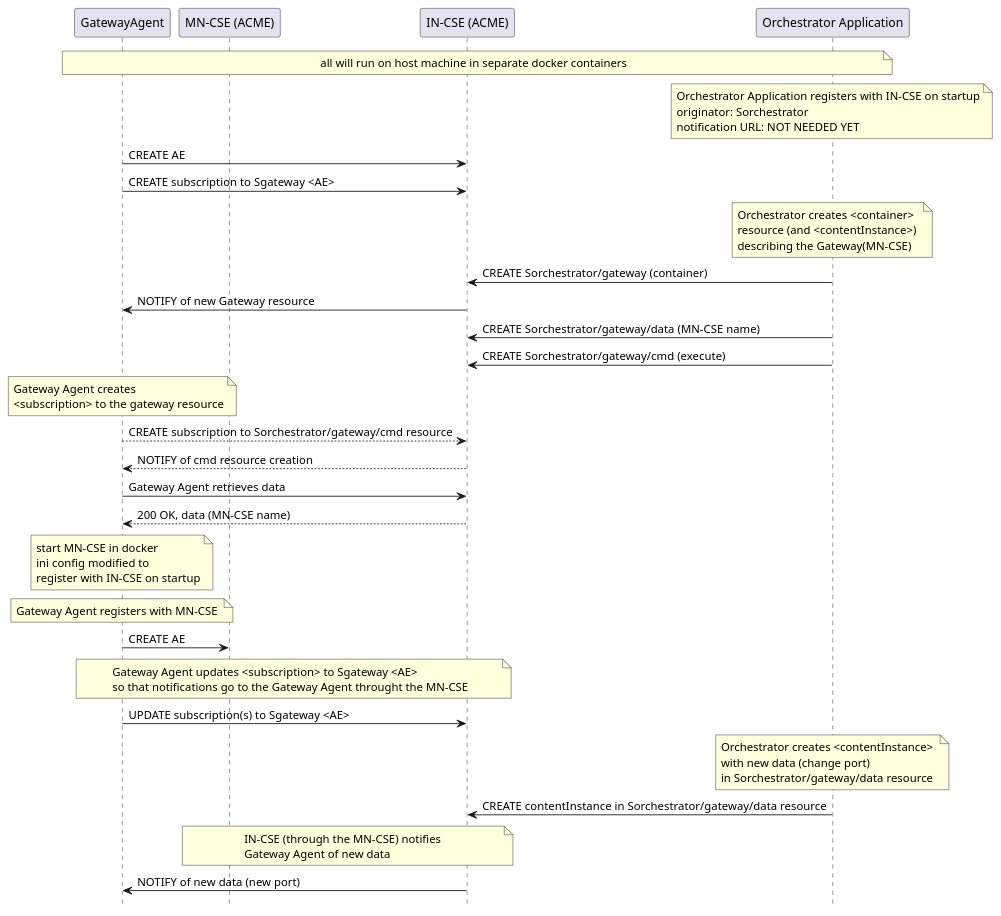
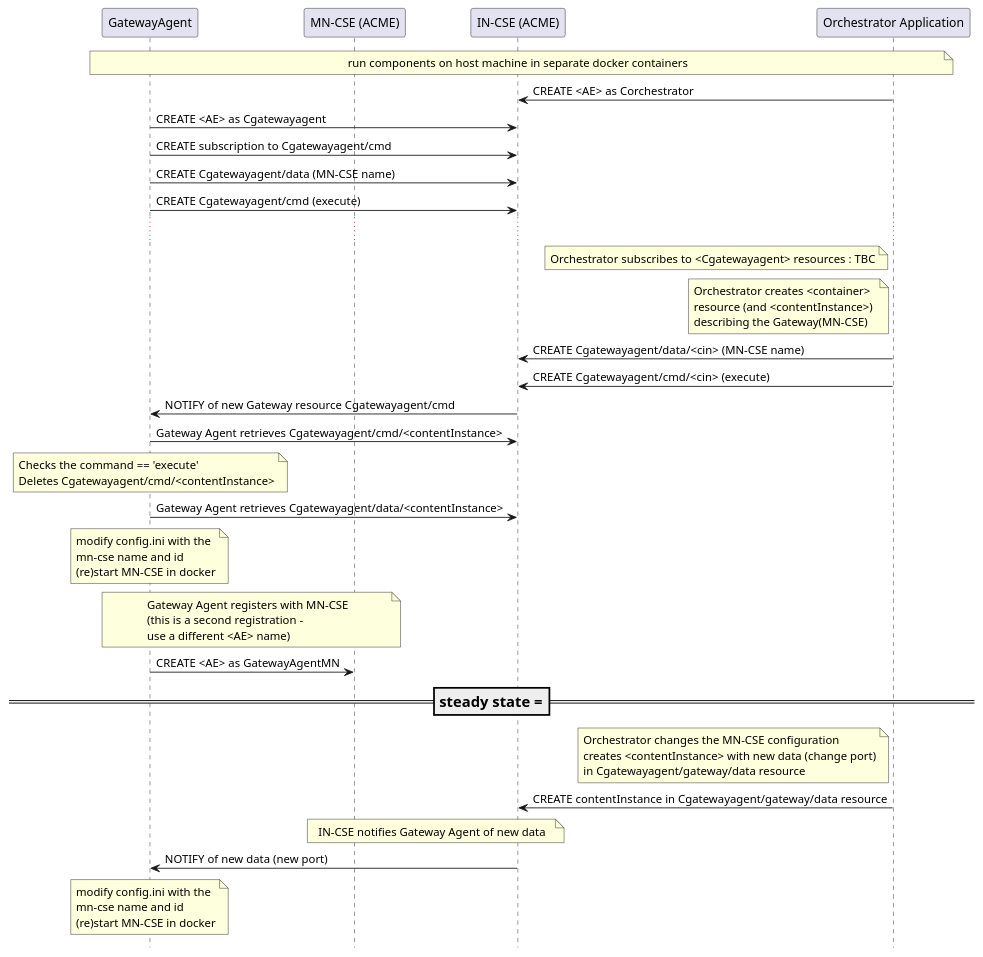
The diagram in media/msc.puml (BobFIV/PSU_CAPSTONE_1S26), drawn with PlantUML before and after one commit. The commit also changed 1 other file, not shown here.

Commit message:
updated MSC. show resource tree.

```diff
--- a/media/msc.puml
+++ b/media/msc.puml
@@ -1,82 +1,83 @@
 @startuml
 hide footbox
 
 participant GA as "GatewayAgent"
 participant MN as "MN-CSE (ACME)"
 participant IN as "IN-CSE (ACME)"
 participant CB as "Orchestrator Application"
 
 note over GA,CB
-all will run on host machine in separate docker containers
+run components on host machine in separate docker containers
 end note
 
 
-note over CB
-Orchestrator Application registers with IN-CSE on startup
-originator: Sorchestrator
-notification URL: NOT NEEDED YET
+CB -> IN: CREATE <AE> as Corchestrator
+
+GA -> IN: CREATE <AE> as Cgatewayagent
+GA -> IN: CREATE subscription to Cgatewayagent/cmd
+GA -> IN: CREATE Cgatewayagent/data (MN-CSE name)
+GA -> IN: CREATE Cgatewayagent/cmd (execute)
+
+...
+
+note left CB
+Orchestrator subscribes to <Cgatewayagent> resources : TBC
 end note
 
 
 
-GA -> IN: CREATE AE
-
-GA -> IN: CREATE subscription to Sgateway <AE>
-
-note over CB
+note left CB
 Orchestrator creates <container>
 resource (and <contentInstance>) 
 describing the Gateway(MN-CSE)
 end note
 
-CB -> IN: CREATE Sorchestrator/gateway (container)
-IN -> GA: NOTIFY of new Gateway resource
+CB -> IN: CREATE Cgatewayagent/data/<cin> (MN-CSE name)
+CB -> IN: CREATE Cgatewayagent/cmd/<cin> (execute)
 
-CB -> IN: CREATE Sorchestrator/gateway/data (MN-CSE name)
-CB -> IN: CREATE Sorchestrator/gateway/cmd (execute)
+IN -> GA: NOTIFY of new Gateway resource Cgatewayagent/cmd
+GA -> IN : Gateway Agent retrieves Cgatewayagent/cmd/<contentInstance>
+
+note over GA
+Checks the command == 'execute'
+Deletes Cgatewayagent/cmd/<contentInstance>
+end note
+
+GA -> IN : Gateway Agent retrieves Cgatewayagent/data/<contentInstance> 
+
+note over GA
+modify config.ini with the 
+mn-cse name and id 
+(re)start MN-CSE in docker
+end note
+
+note over GA, MN
+Gateway Agent registers with MN-CSE
+(this is a second registration - 
+use a different <AE> name) 
+end note
+
+GA -> MN: CREATE <AE> as GatewayAgentMN
+
+=== steady state ===
+
+note left CB
+Orchestrator changes the MN-CSE configuration
+creates <contentInstance> with new data (change port)
+in Cgatewayagent/gateway/data resource
+end note
+
+CB -> IN: CREATE contentInstance in Cgatewayagent/gateway/data resource
+note over MN,IN
+IN-CSE notifies Gateway Agent of new data
+end note
+IN -> GA: NOTIFY of new data (new port)
 
 
 note over GA
-Gateway Agent creates 
-<subscription> to the gateway resource
+modify config.ini with the 
+mn-cse name and id 
+(re)start MN-CSE in docker
 end note
 
-GA --> IN: CREATE subscription to Sorchestrator/gateway/cmd resource
-
-IN --> GA: NOTIFY of cmd resource creation
-
-GA -> IN : Gateway Agent retrieves data 
-IN --> GA: 200 OK, data (MN-CSE name)
-
-note over GA
-start MN-CSE in docker
-ini config modified to 
-register with IN-CSE on startup
-end note
-
-note over GA
-Gateway Agent registers with MN-CSE 
-end note
-
-GA -> MN: CREATE AE
-
-note over GA,IN
-Gateway Agent updates <subscription> to Sgateway <AE>
-so that notifications go to the Gateway Agent throught the MN-CSE
-end note    
-GA -> IN: UPDATE subscription(s) to Sgateway <AE>
-
-note over CB
-Orchestrator creates <contentInstance> 
-with new data (change port)
-in Sorchestrator/gateway/data resource
-end note
-
-CB -> IN: CREATE contentInstance in Sorchestrator/gateway/data resource
-note over MN,IN
-IN-CSE (through the MN-CSE) notifies 
-Gateway Agent of new data
-end note
-IN -> GA: NOTIFY of new data (new port)
-
 @enduml
```
